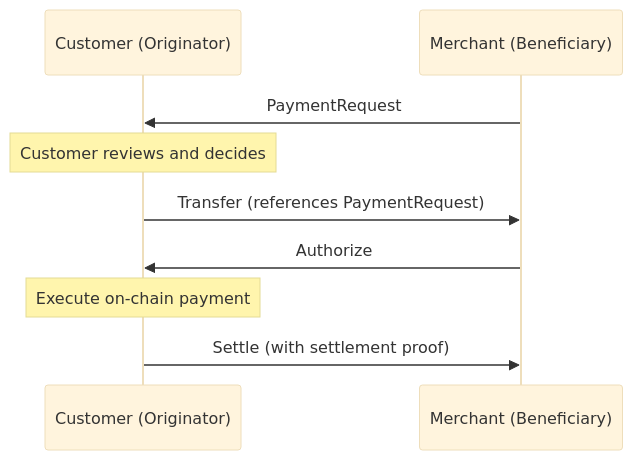
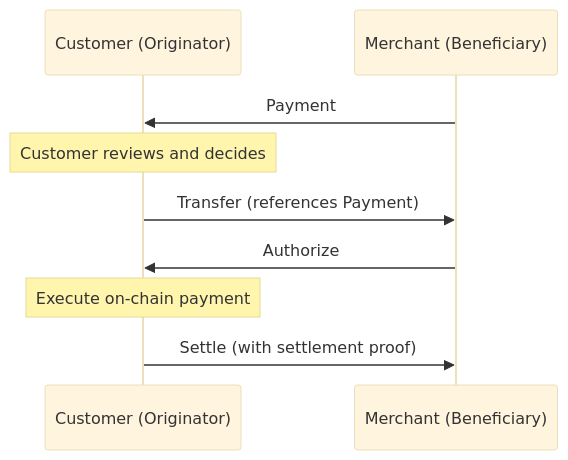
Before and after one commit to TransactionAuthorizationProtocol/TAIPs: the fifth of 6 diagrams in authorization.md, drawn with Mermaid (base theme). The commit also changed other lines of this file and 6 other files, not shown here.

First line of the commit message:
Rename PaymentRequest to Payment throughout the codebase

````diff
--- a/authorization.md
+++ b/authorization.md
@@ -120,11 +120,11 @@
 ```mermaid
 sequenceDiagram
     participant Customer as Customer (Originator)
     participant Merchant as Merchant (Beneficiary)
-    Merchant->>Customer: PaymentRequest
+    Merchant->>Customer: Payment
     Note over Customer: Customer reviews and decides
-    Customer->>Merchant: Transfer (references PaymentRequest)
+    Customer->>Merchant: Transfer (references Payment)
     Merchant->>Customer: Authorize
     Note over Customer: Execute on-chain payment
     Customer->>Merchant: Settle (with settlement proof)
 ```
````
